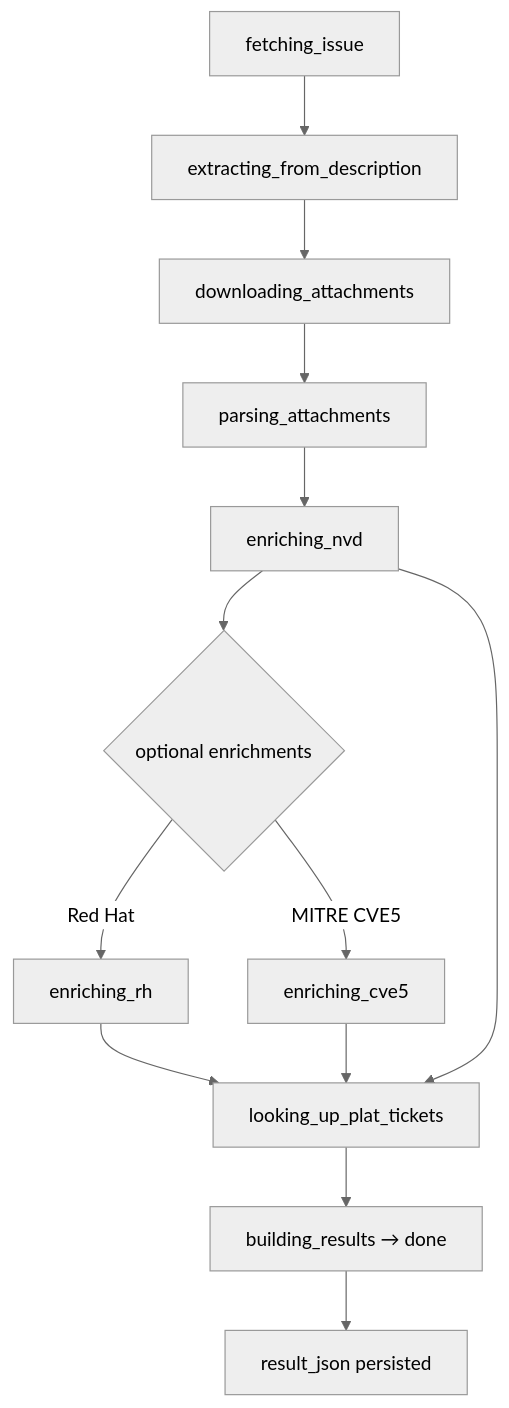
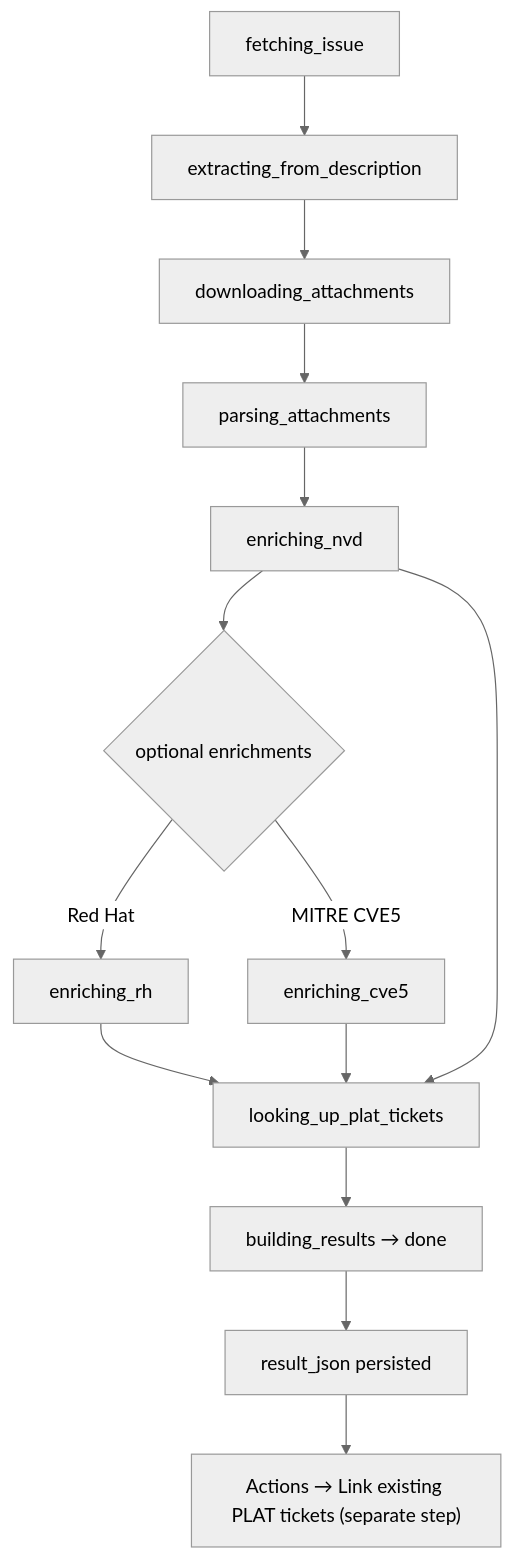
The third of 3 diagrams in docs/CVE-Portal.md (alexbirman01/cve_portal), drawn with Mermaid (neutral theme) before and after one commit. The commit also changed other lines of this file and 6 other files, not shown here.

First line of the commit message:
feat(cve): #PLAT-24605 separate PLAT linking from first processing

````diff
--- a/docs/CVE-Portal.md
+++ b/docs/CVE-Portal.md
@@ -256,15 +258,16 @@
 ```mermaid
 flowchart TD
   A[fetching_issue] --> B[extracting_from_description]
   B --> C[downloading_attachments]
   C --> D[parsing_attachments]
   D --> E[enriching_nvd]
   E --> F{optional enrichments}
   F -->|Red Hat| G[enriching_rh]
   F -->|MITRE CVE5| H[enriching_cve5]
   G --> I[looking_up_plat_tickets]
   H --> I
   E --> I
   I --> J["building_results → done"]
   J --> K[result_json persisted]
+  K --> L["Actions → Link existing PLAT tickets (separate step)"]
 ```
````
